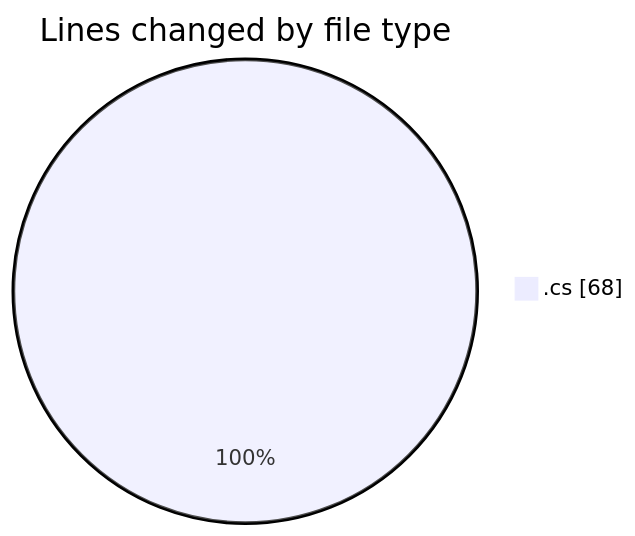
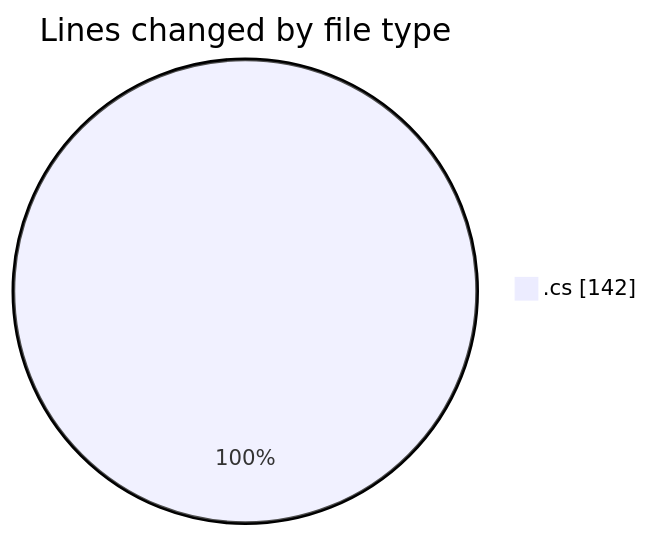
The first of 2 diagrams in 2026-09-01/immersive_codes/README.md (Unknowalive/code-tracking), drawn with Mermaid before and after one commit. The commit also changed other lines of this file and 1 other file, not shown here.

````diff
--- a/2026-09-01/immersive_codes/README.md
+++ b/2026-09-01/immersive_codes/README.md
@@ -20,5 +20,5 @@
 ```mermaid
 pie showData
 title Lines changed by file type
-".cs" : 68
+".cs" : 142
 ```
````
